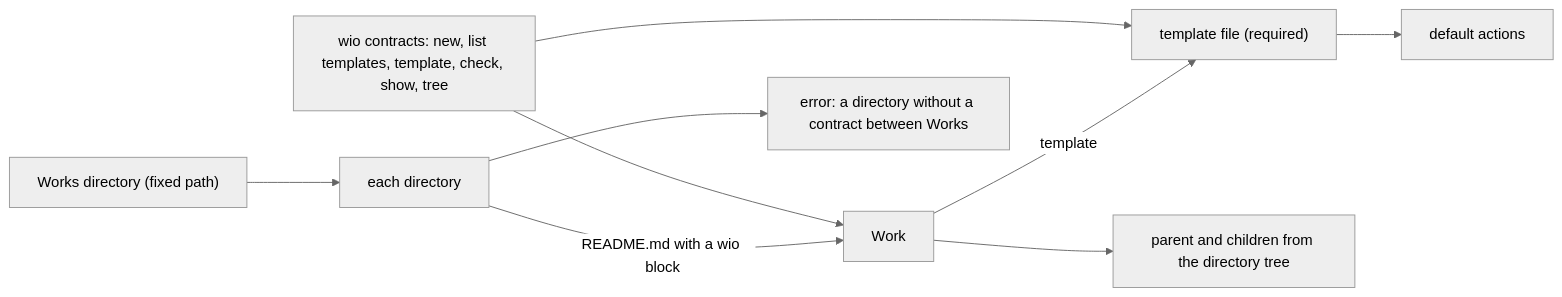
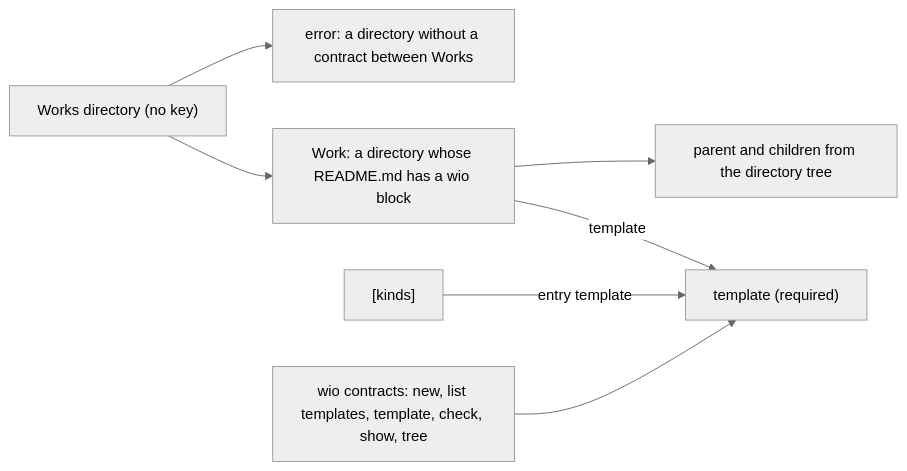
The first of 2 diagrams in .agents/wio/works/discovery/README.md (msitarz/wio), drawn with Mermaid (neutral theme) before and after one commit. The commit also changed other lines of this file and 4 other files, not shown here.

````diff
--- a/.agents/wio/works/discovery/README.md
+++ b/.agents/wio/works/discovery/README.md
@@ -108,19 +116,16 @@
 ```mermaid
 flowchart LR
-    dir["Works directory (fixed path)"]
-    sub["each directory"]
-    work["Work"]
+    dir["Works directory (no key)"]
+    work["Work: a directory whose README.md has a wio block"]
     gap["error: a directory without a contract between Works"]
-    tpl["template file (required)"]
-    actions["default actions"]
+    tpl["template (required)"]
+    kinds["[kinds]"]
     tree["parent and children from the directory tree"]
     contracts["wio contracts: new, list templates, template, check, show, tree"]
-    dir --> sub
-    sub -- "README.md with a wio block" --> work
-    sub --> gap
+    dir --> work
+    dir --> gap
     work -- "template" --> tpl
-    tpl --> actions
+    kinds -- "entry template" --> tpl
     work --> tree
-    contracts --> work
     contracts --> tpl
 ```
````
